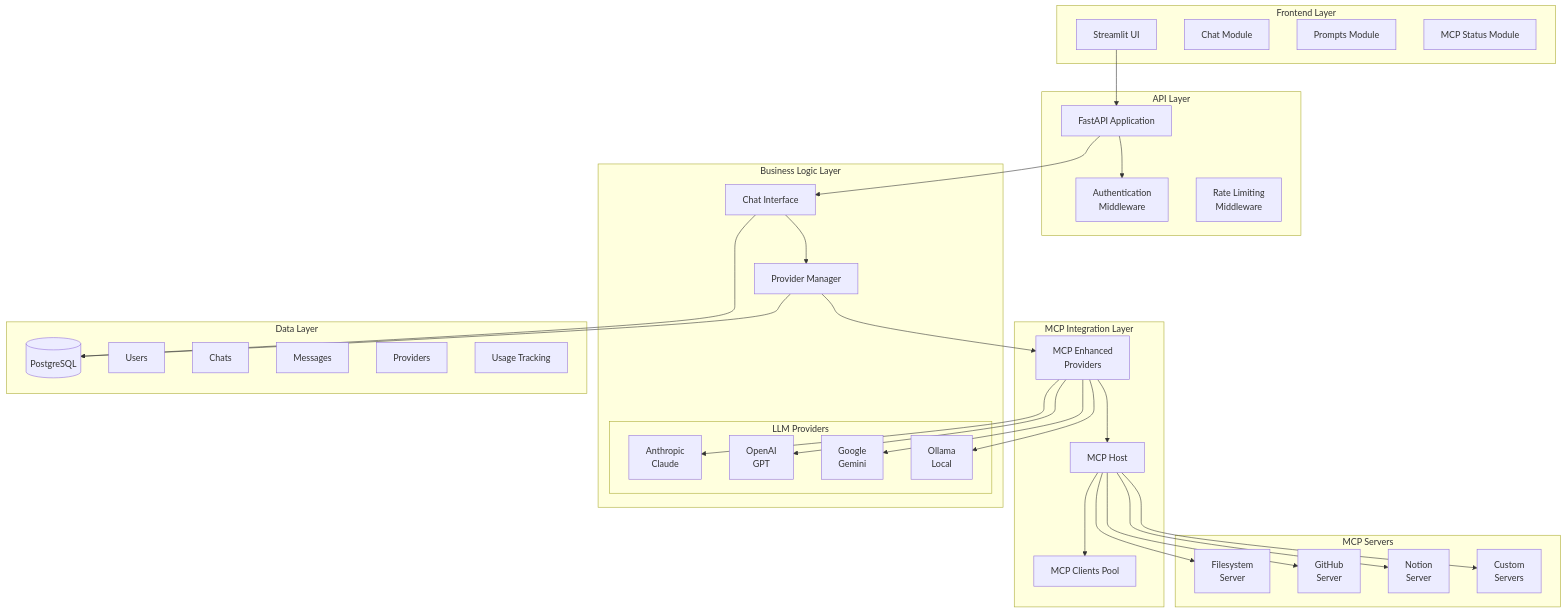
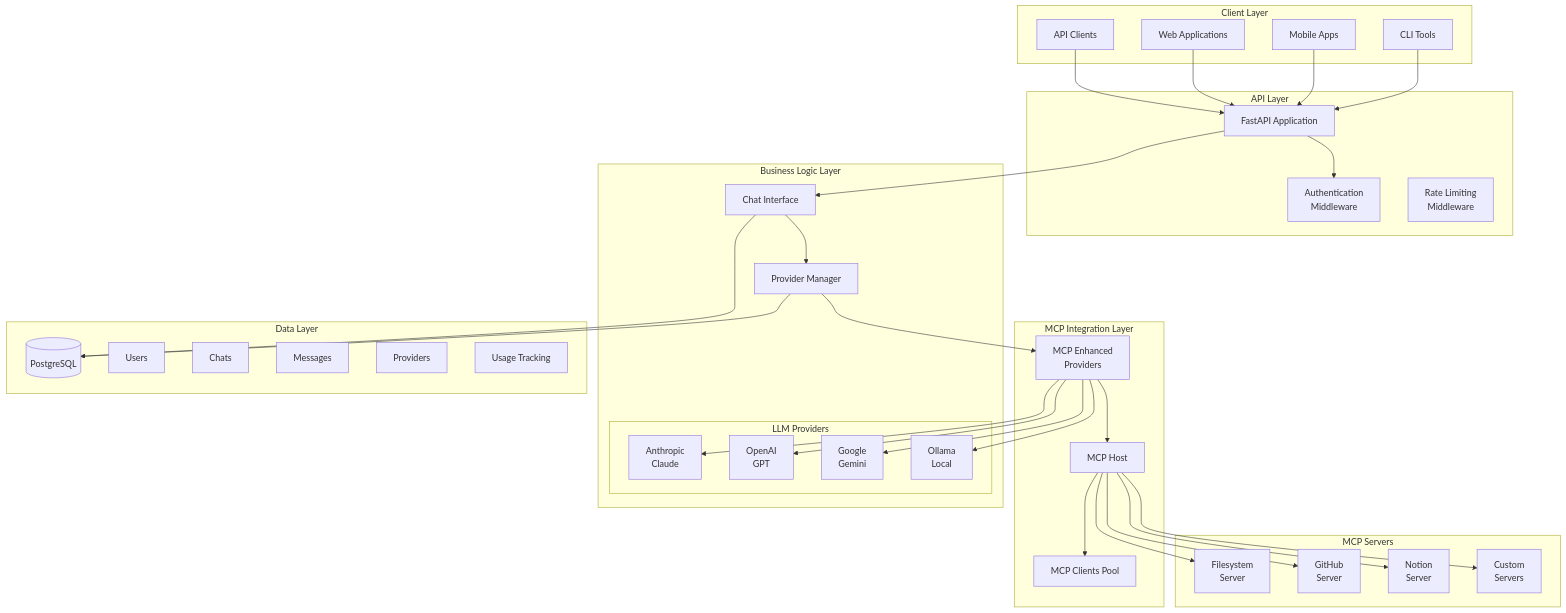
One commit to cunicopia-dev/enterprise-ai-backend changed the diagram in README.md. Above: the diagram before and after it, drawn with Mermaid. The commit also changed other lines of this file, not shown here.

````diff
--- a/README.md
+++ b/README.md
@@ -102,70 +100,73 @@
 ```mermaid
 graph TB
-    subgraph "Frontend Layer"
-        UI[Streamlit UI]
-        UI_Chat[Chat Module]
-        UI_Prompts[Prompts Module]
-        UI_MCP[MCP Status Module]
+    subgraph "Client Layer"
+        Client[API Clients]
+        WebApp[Web Applications]
+        Mobile[Mobile Apps]
+        CLI[CLI Tools]
     end
     
     subgraph "API Layer"
         FastAPI[FastAPI Application]
         Auth[Authentication<br/>Middleware]
         RateLimit[Rate Limiting<br/>Middleware]
     end
     
     subgraph "MCP Integration Layer"
         MCPHost[MCP Host]
         MCPClients[MCP Clients Pool]
         MCPEnhanced[MCP Enhanced<br/>Providers]
         
         MCPHost --> MCPClients
         MCPEnhanced --> MCPHost
     end
     
     subgraph "Business Logic Layer"
         ChatInterface[Chat Interface]
         ProviderMgr[Provider Manager]
         
         subgraph "LLM Providers"
             Anthropic[Anthropic<br/>Claude]
             OpenAI[OpenAI<br/>GPT]
             Google[Google<br/>Gemini]
             Ollama[Ollama<br/>Local]
         end
     end
     
     subgraph "MCP Servers"
         FileSystem[Filesystem<br/>Server]
         GitHub[GitHub<br/>Server]
         Notion[Notion<br/>Server]
         Custom[Custom<br/>Servers]
     end
     
     subgraph "Data Layer"
         PostgreSQL[(PostgreSQL)]
         Users[Users]
         Chats[Chats]
         Messages[Messages]
         Providers[Providers]
         Usage[Usage Tracking]
     end
     
     %% Connections
-    UI --> FastAPI
+    Client --> FastAPI
+    WebApp --> FastAPI
+    Mobile --> FastAPI
+    CLI --> FastAPI
     FastAPI --> Auth
     FastAPI --> ChatInterface
     ChatInterface --> ProviderMgr
     ProviderMgr --> MCPEnhanced
     MCPEnhanced --> Anthropic
     MCPEnhanced --> OpenAI
     MCPEnhanced --> Google
     MCPEnhanced --> Ollama
     MCPHost --> FileSystem
     MCPHost --> GitHub
     MCPHost --> Notion
     MCPHost --> Custom
     
     ChatInterface --> PostgreSQL
     ProviderMgr --> PostgreSQL
 ```
````
